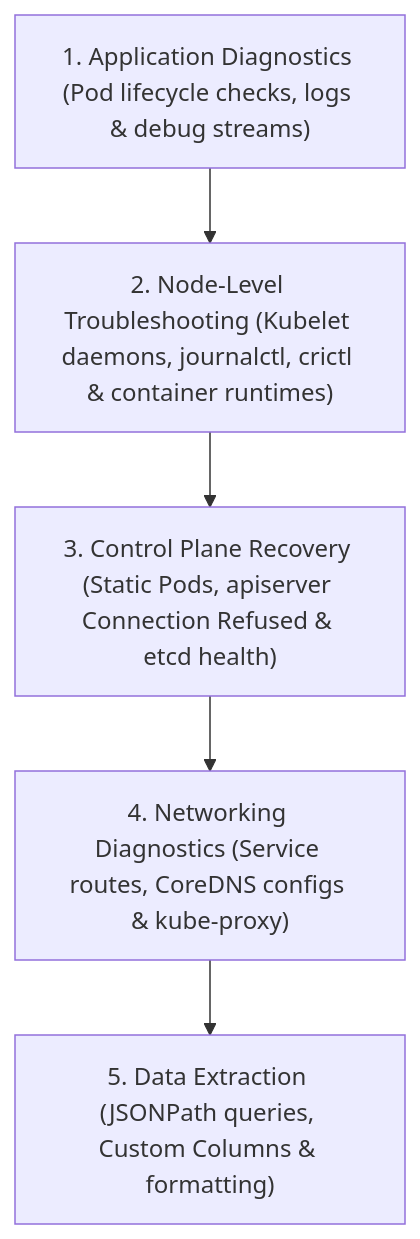
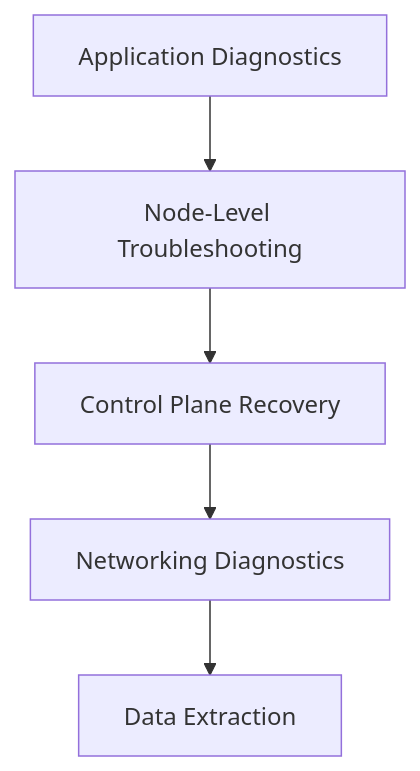
One commit to kmashour/BrainDump changed the first of 2 diagrams in Reference Notes/12_troubleshooting_and_diagnostics.md. Above: the diagram before and after it, drawn with Mermaid. The commit also changed 15 other files, not shown here.

Commit message:
docs: simplify cognitive map mermaid syntax for general compatibility

````diff
--- a/Reference Notes/12_troubleshooting_and_diagnostics.md
+++ b/Reference Notes/12_troubleshooting_and_diagnostics.md
@@ -11,7 +11,7 @@
 ```mermaid
 graph TD
-    A["1. Application Diagnostics (Pod lifecycle checks, logs & debug streams)"] --> B["2. Node-Level Troubleshooting (Kubelet daemons, journalctl, crictl & container runtimes)"]
-    B --> C["3. Control Plane Recovery (Static Pods, apiserver Connection Refused & etcd health)"]
-    C --> D["4. Networking Diagnostics (Service routes, CoreDNS configs & kube-proxy)"]
-    D --> E["5. Data Extraction (JSONPath queries, Custom Columns & formatting)"]
+    A["Application Diagnostics"] --> B["Node-Level Troubleshooting"]
+    B --> C["Control Plane Recovery"]
+    C --> D["Networking Diagnostics"]
+    D --> E["Data Extraction"]
 ```
````
